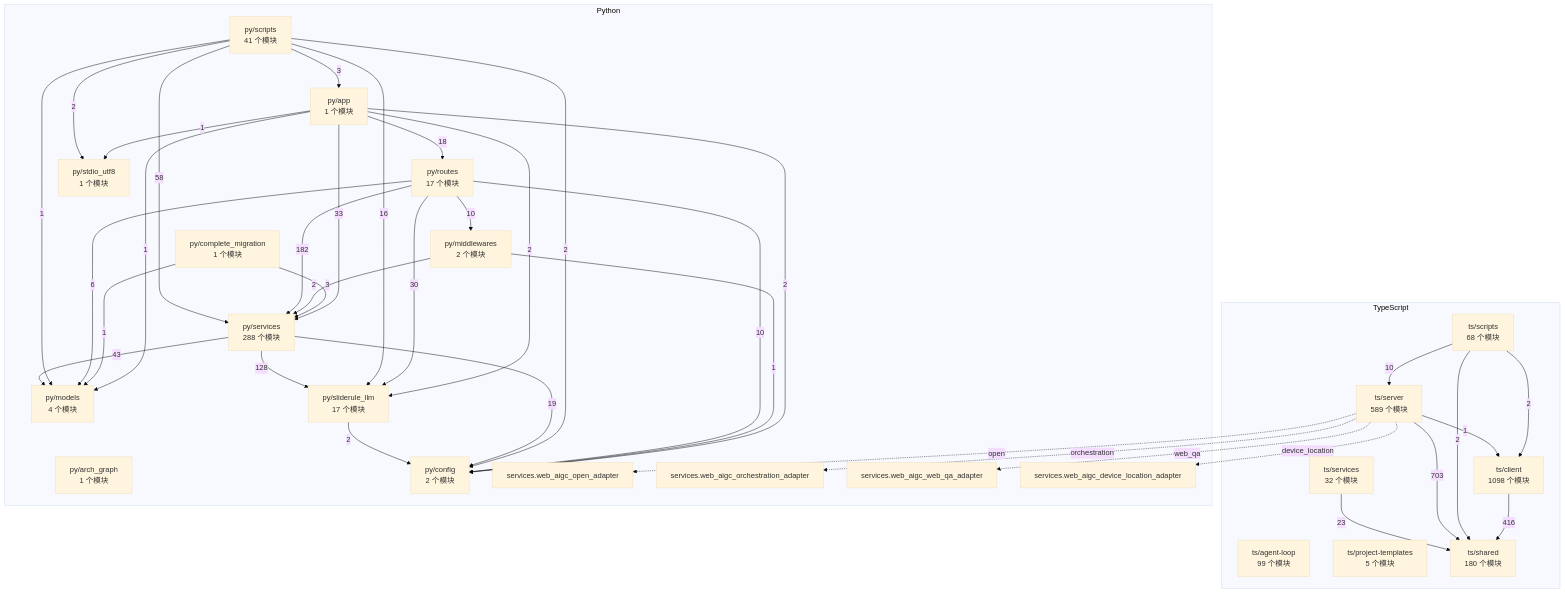
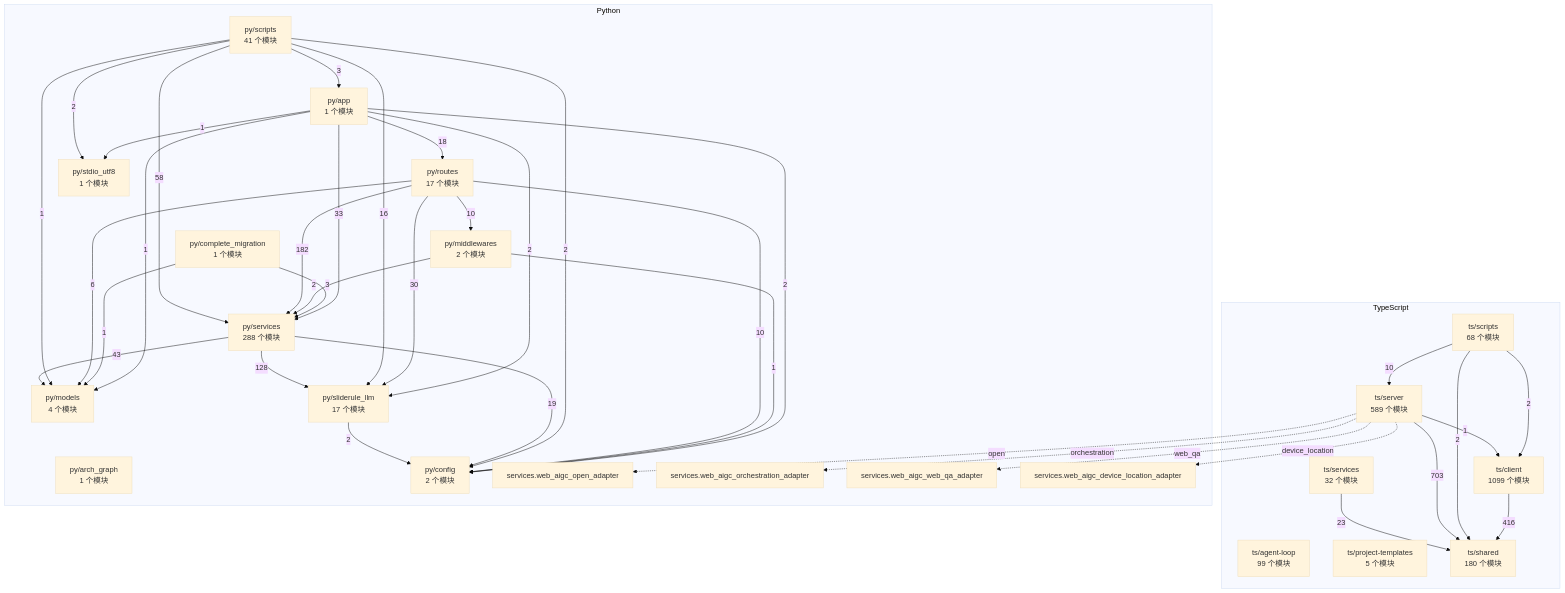
The diagram in docs/WhyBuddy 全仓架构图（自动生成）.md (2686521696/WhyBuddy), drawn with Mermaid (base theme) before and after one commit. The commit also changed 13 other files, not shown here.

````diff
--- a/docs/WhyBuddy 全仓架构图（自动生成）.md
+++ b/docs/WhyBuddy 全仓架构图（自动生成）.md
@@ -14,65 +14,65 @@
 ```mermaid
 flowchart TB
   subgraph ts [TypeScript]
     ts_agent_loop["ts/agent-loop<br/>99 个模块"]
-    ts_client["ts/client<br/>1098 个模块"]
+    ts_client["ts/client<br/>1099 个模块"]
     ts_project_templates["ts/project-templates<br/>5 个模块"]
     ts_scripts["ts/scripts<br/>68 个模块"]
     ts_server["ts/server<br/>589 个模块"]
     ts_services["ts/services<br/>32 个模块"]
     ts_shared["ts/shared<br/>180 个模块"]
   end
   subgraph py [Python]
     py_app["py/app<br/>1 个模块"]
     py_arch_graph["py/arch_graph<br/>1 个模块"]
     py_complete_migration["py/complete_migration<br/>1 个模块"]
     py_config["py/config<br/>2 个模块"]
     py_middlewares["py/middlewares<br/>2 个模块"]
     py_models["py/models<br/>4 个模块"]
     py_routes["py/routes<br/>17 个模块"]
     py_scripts["py/scripts<br/>41 个模块"]
     py_services["py/services<br/>288 个模块"]
     py_sliderule_llm["py/sliderule_llm<br/>17 个模块"]
     py_stdio_utf8["py/stdio_utf8<br/>1 个模块"]
     py_services_web_aigc_open_adapter["services.web_aigc_open_adapter"]
     py_services_web_aigc_orchestration_adapter["services.web_aigc_orchestration_adapter"]
     py_services_web_aigc_web_qa_adapter["services.web_aigc_web_qa_adapter"]
     py_services_web_aigc_device_location_adapter["services.web_aigc_device_location_adapter"]
   end
   ts_client -->|416| ts_shared
   ts_scripts -->|2| ts_client
   ts_scripts -->|10| ts_server
   ts_scripts -->|2| ts_shared
   ts_server -->|1| ts_client
   ts_server -->|703| ts_shared
   ts_services -->|23| ts_shared
   py_app -->|2| py_config
   py_app -->|1| py_models
   py_app -->|18| py_routes
   py_app -->|33| py_services
   py_app -->|2| py_sliderule_llm
   py_app -->|1| py_stdio_utf8
   py_complete_migration -->|1| py_models
   py_complete_migration -->|3| py_services
   py_middlewares -->|1| py_config
   py_middlewares -->|2| py_services
   py_routes -->|10| py_config
   py_routes -->|10| py_middlewares
   py_routes -->|6| py_models
   py_routes -->|182| py_services
   py_routes -->|30| py_sliderule_llm
   py_scripts -->|3| py_app
   py_scripts -->|2| py_config
   py_scripts -->|1| py_models
   py_scripts -->|58| py_services
   py_scripts -->|16| py_sliderule_llm
   py_scripts -->|2| py_stdio_utf8
   py_services -->|19| py_config
   py_services -->|43| py_models
   py_services -->|128| py_sliderule_llm
   py_sliderule_llm -->|2| py_config
   ts_server -.->|open| py_services_web_aigc_open_adapter
   ts_server -.->|orchestration| py_services_web_aigc_orchestration_adapter
   ts_server -.->|web_qa| py_services_web_aigc_web_qa_adapter
   ts_server -.->|device_location| py_services_web_aigc_device_location_adapter
 ```
````
